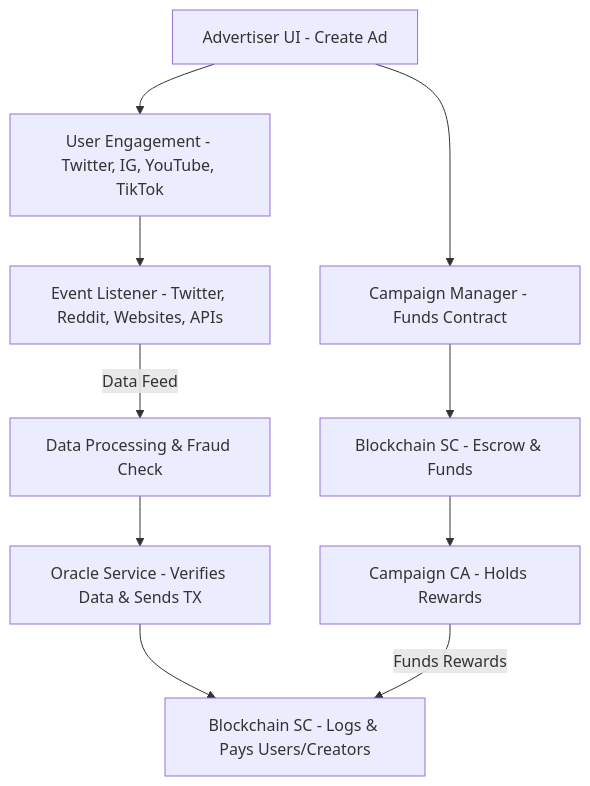
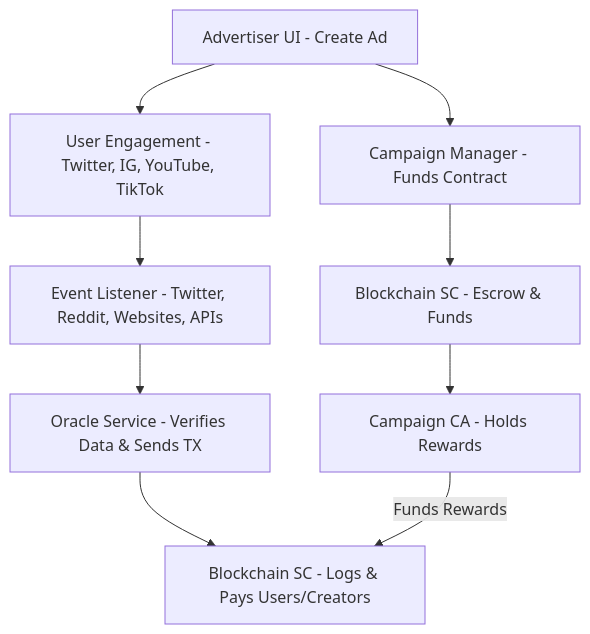
Before and after one commit to vyro-gg/vyro: the diagram in README.md, drawn with Mermaid.

````diff
--- a/README.md
+++ b/README.md
@@ -24,18 +24,17 @@
 ```mermaid
 graph TD;
     %% Advertiser Flow
     A[Advertiser UI - Create Ad] --> B[Campaign Manager - Funds Contract]
     B --> C[Blockchain SC - Escrow & Funds]
     C --> D[Campaign CA - Holds Rewards]
     A --> E
 
     %% User Engagement Flow
     E[User Engagement - Twitter, IG, YouTube, TikTok] --> F[Event Listener - Twitter, Reddit, Websites, APIs]
-    F -->|Data Feed| I[Data Processing & Fraud Check]
-    I --> G[Oracle Service - Verifies Data & Sends TX]
+    F --> G[Oracle Service - Verifies Data & Sends TX]
     G --> H[Blockchain SC - Logs & Pays Users/Creators]
 
     %% Connecting Advertiser Flow to User Engagement Flow
     D -->|Funds Rewards| H
 
 ```
````
